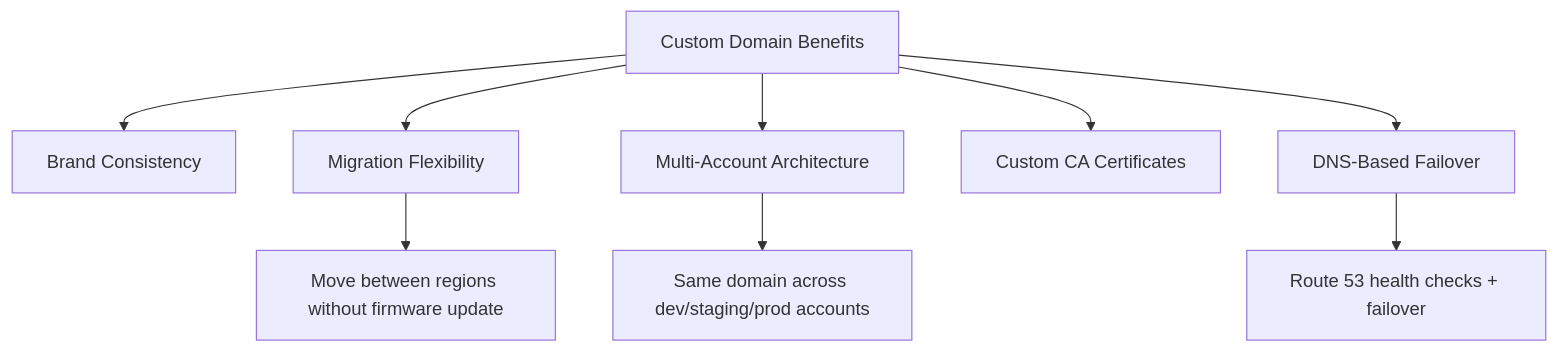
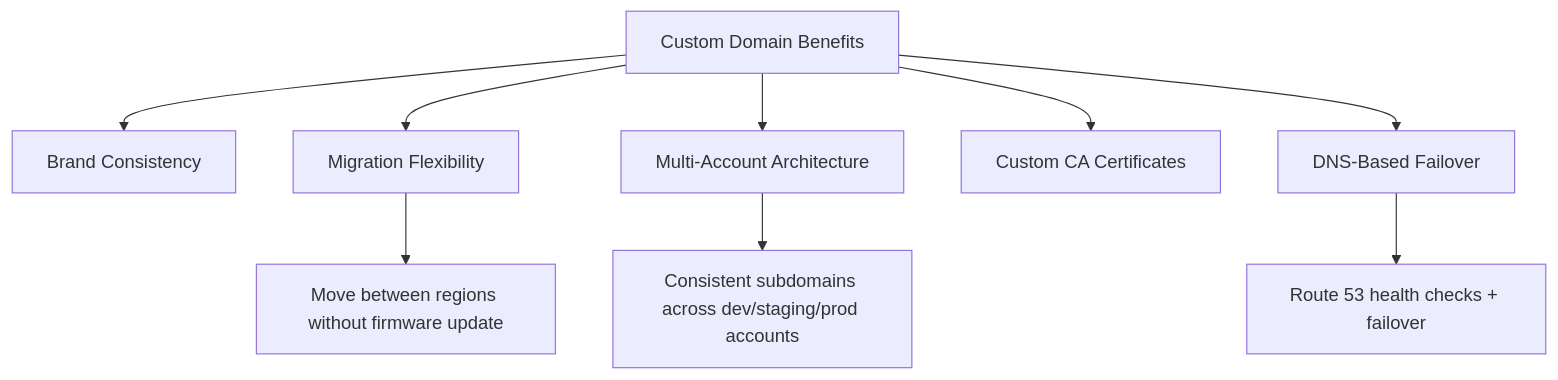
One commit to OneUptime/blog changed the diagram in posts/2026-02-12-set-up-iot-core-custom-domains/README.md. Above: the diagram before and after it, drawn with Mermaid. The commit also changed other lines of this file and 2 other files, not shown here.

````diff
--- a/posts/2026-02-12-set-up-iot-core-custom-domains/README.md
+++ b/posts/2026-02-12-set-up-iot-core-custom-domains/README.md
@@ -19,11 +19,11 @@
 ```mermaid
 graph TD
     A[Custom Domain Benefits] --> B[Brand Consistency]
     A --> C[Migration Flexibility]
     A --> D[Multi-Account Architecture]
     A --> E[Custom CA Certificates]
     A --> F[DNS-Based Failover]
     C --> C1[Move between regions without firmware update]
-    D --> D1[Same domain across dev/staging/prod accounts]
+    D --> D1[Consistent subdomains across dev/staging/prod accounts]
     F --> F1[Route 53 health checks + failover]
 ```
````
